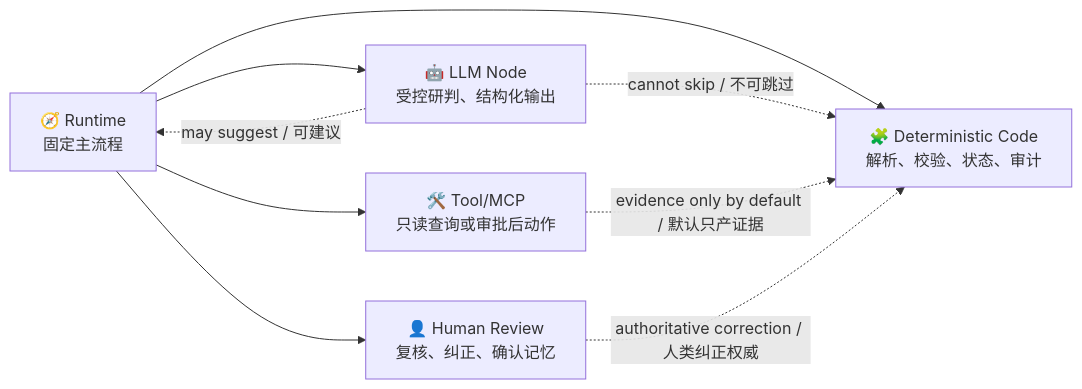
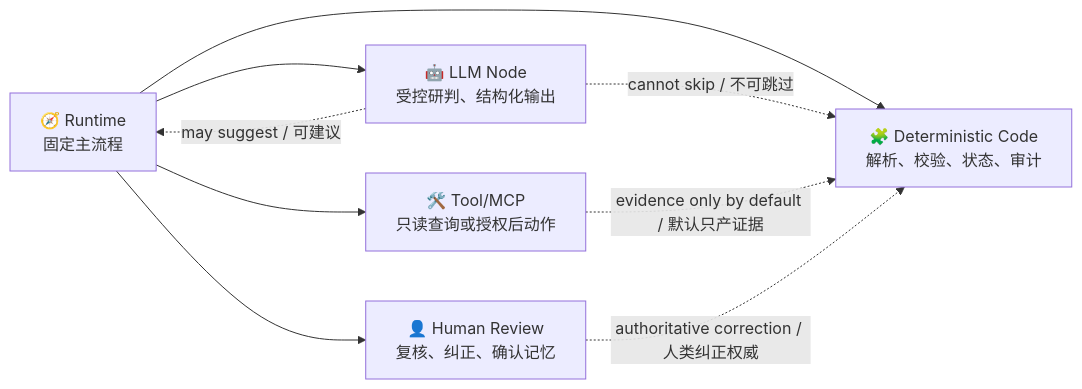
One commit to yydspanda/deer-flow changed the first of 16 diagrams in .notes/ai_soc/soc-agent-solution.md. Above: the diagram before and after it, drawn with Mermaid. The commit also changed other lines of this file and 50 other files, not shown here.

````diff
--- a/.notes/ai_soc/soc-agent-solution.md
+++ b/.notes/ai_soc/soc-agent-solution.md
@@ -66,12 +66,12 @@
 ```mermaid
 flowchart LR
     A["🧭 Runtime<br/>固定主流程"] --> B["🧩 Deterministic Code<br/>解析、校验、状态、审计"]
     A --> C["🤖 LLM Node<br/>受控研判、结构化输出"]
-    A --> D["🛠️ Tool/MCP<br/>只读查询或审批后动作"]
+    A --> D["🛠️ Tool/MCP<br/>只读查询或授权后动作"]
     A --> E["👤 Human Review<br/>复核、纠正、确认记忆"]
 
     C -. "may suggest / 可建议" .-> A
     C -. "cannot skip / 不可跳过" .-> B
     D -. "evidence only by default / 默认只产证据" .-> B
     E -. "authoritative correction / 人类纠正权威" .-> B
 ```
````
